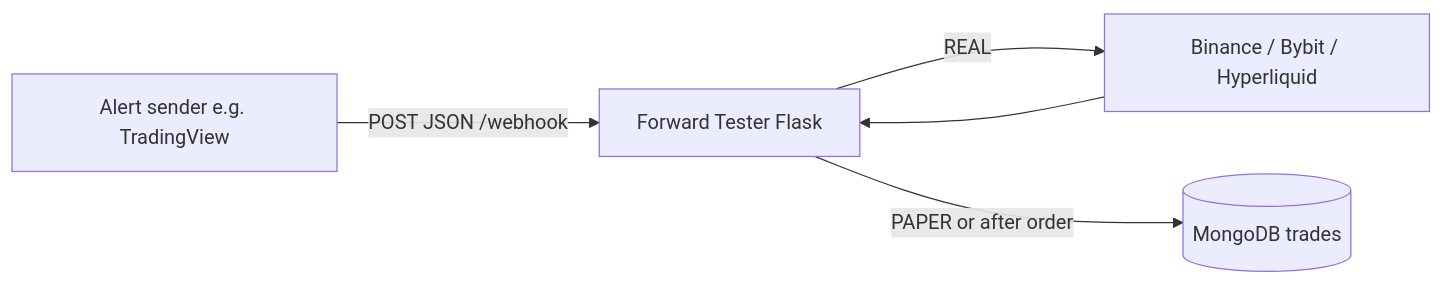
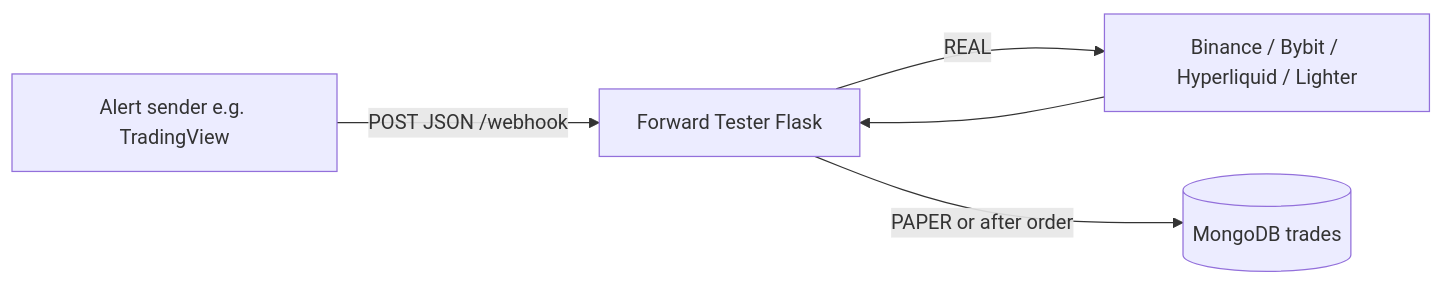
One commit to devon-n/TRW-Forward-Tester changed the diagram in README.md. Above: the diagram before and after it, drawn with Mermaid. The commit also changed other lines of this file and 6 other files, not shown here.

````diff
--- a/README.md
+++ b/README.md
@@ -364,12 +368,12 @@
 ```mermaid
 flowchart LR
   TV[Alert sender e.g. TradingView]
   FT[Forward Tester Flask]
-  EX[Binance / Bybit / Hyperliquid]
+  EX[Binance / Bybit / Hyperliquid / Lighter]
   DB[(MongoDB trades)]
 
   TV -->|POST JSON /webhook| FT
   FT -->|REAL| EX
   FT -->|PAPER or after order| DB
   EX --> FT
 ```
````
